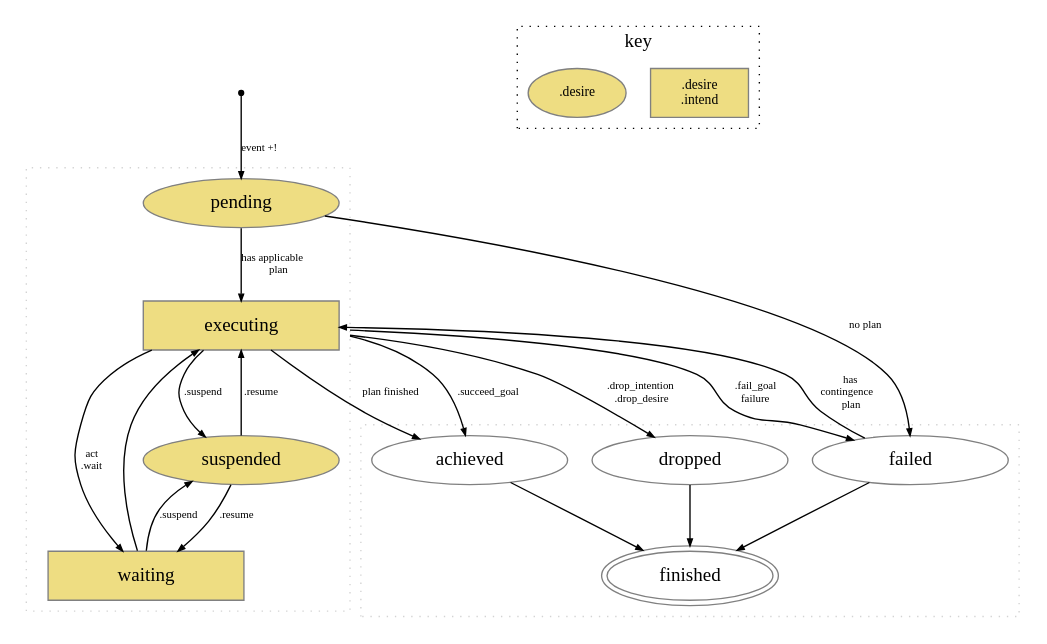
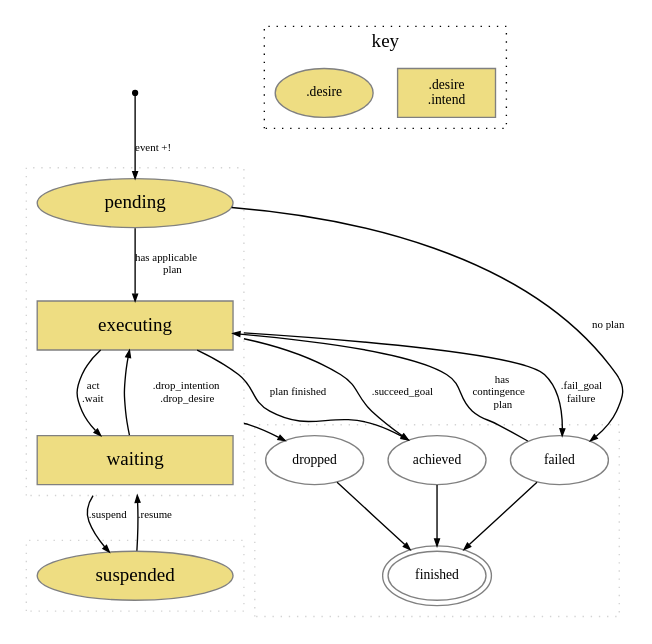
One commit to jason-lang/jason changed the diagram in doc/tech/goal-states.gv. Above: the diagram before and after it, drawn with Graphviz. The commit also changed 1 other file, not shown here.

Commit message:
update doc goal states

```diff
--- a/doc/tech/goal-states.gv
+++ b/doc/tech/goal-states.gv
@@ -1,65 +1,69 @@
 // dot goal-states.gv -Tpdf -o goal-states.pdf
 
 digraph goal_states {
    node [color=gray];
 
    compound=true;
 
    ENTRY[shape=point,color=black,label=""];
    //EXIT[shape=point,color=black,label=""];
 
+
    subgraph cluster1 {
+      shape = rectangle; style=dotted; color=lightgrey;
+
+      node [shape=oval,style=filled,color=gray, fillcolor="lightgoldenrod", fixedsize=shape,width=2];
+      S [label="suspended"];
+   }
+
+   subgraph cluster2 {
      shape = rectangle; style=dotted; color=lightgrey;
      node [shape=oval,style=filled,color=gray, fillcolor="lightgoldenrod", fixedsize=shape,width=2];
      C [label="pending"];
-
-     S [label="suspended"];
 
      node [shape=rectangle,style="filled",fillcolor="lightgoldenrod",fixedsize=shape,width=2];
   	 E [label="executing"];
   	 P [label="waiting"];
 
      C->E[label=< has applicable<br/>plan<br/>>,fontsize="8",arrowsize=0.5];
 
-     {E,P}->S[label=<.suspend>,fontsize="8",arrowsize=0.5];
-     S->{E,P}[label=<  .resume>,fontsize="8",arrowsize=0.5];
-
      E->P[label=<act <br/> .wait<br/>>,fontsize="8",arrowsize=0.5];
      P->E[label=<>,fontsize="8",arrowsize=0.5];
-
    }
 
-   subgraph cluster2 {
-     //rankdir=TB;
-     //label = "finished"; fontcolor=lightgrey;
+   subgraph cluster3 {
+     //rankdir=LR;
      shape = rectangle; style=dotted; color=lightgrey;
-     node [shape=oval,fillcolor=white,color=gray,style=filled,fixedsize=shape,width=2];
+     node [shape=oval,fillcolor=white,color=gray,style=filled,fixedsize=shape,width=1,fontsize="10"];
      A [label="achieved"];
      F [label="failed"];
      D [label="dropped"];
-     T [label="finished",peripheries=2,width=1.7];
+     T [label="finished",peripheries=2];
    }
 
 	 ENTRY->C[label=< event +!>,fontsize="8",arrowsize=0.5];
 
    C->F[label=< no plan<br/>>,fontsize="8",arrowsize=0.5];
 
    E->A[label=<plan finished>,fontsize="8",arrowsize=0.5];
-   E->D[label=<.drop_intention <br/> .drop_desire>,fontsize="8",arrowsize=0.5,ltail=cluster1];
+   E->D[label=<.drop_intention <br/> .drop_desire>,fontsize="8",arrowsize=0.5,ltail=cluster2];
 
-   E -> F [label=<.fail_goal <br/> failure>,fontsize="8",arrowsize=0.5,ltail=cluster1];
-   E -> A [label=<.succeed_goal>,fontsize="8",arrowsize=0.5,ltail=cluster1];
+   E -> F [label=<.fail_goal <br/> failure>,fontsize="8",arrowsize=0.5,ltail=cluster2];
+   E -> A [label=<.succeed_goal>,fontsize="8",arrowsize=0.5,ltail=cluster2];
 
    F -> E [label=< has<br/>contingence<br/>plan>,fontsize="8",arrowsize=0.5];
 
    {A,F,D} -> T [arrowsize=0.5];
+
+   P->S[label=<.suspend>,fontsize="8",arrowsize=0.5,ltail=cluster2];
+   S->P[label=<.resume> ,fontsize="8",arrowsize=0.5,lhead=cluster2];
 
    subgraph cluster0 {
       label = "key";
       rankdir=LR; shape = rectangle; style=dotted;
       //key4 [label=< <i>^meta event</i> >, shape=plaintext,fontsize="10",];
       key2 [label=".desire\n.intend",shape=rectangle,style=filled,fontsize="10", fillcolor=lightgoldenrod,fixedsize=shape,width=1];
       key1 [label=".desire",   shape=oval,     style=filled,fontsize="10", fillcolor=lightgoldenrod,fixedsize=shape,width=1];
       //key3 [label="finished", shape=oval,     style=filled,fontsize="10", fillcolor=lightgrey,fixedsize=shape,width=1];
    }
 }
```
